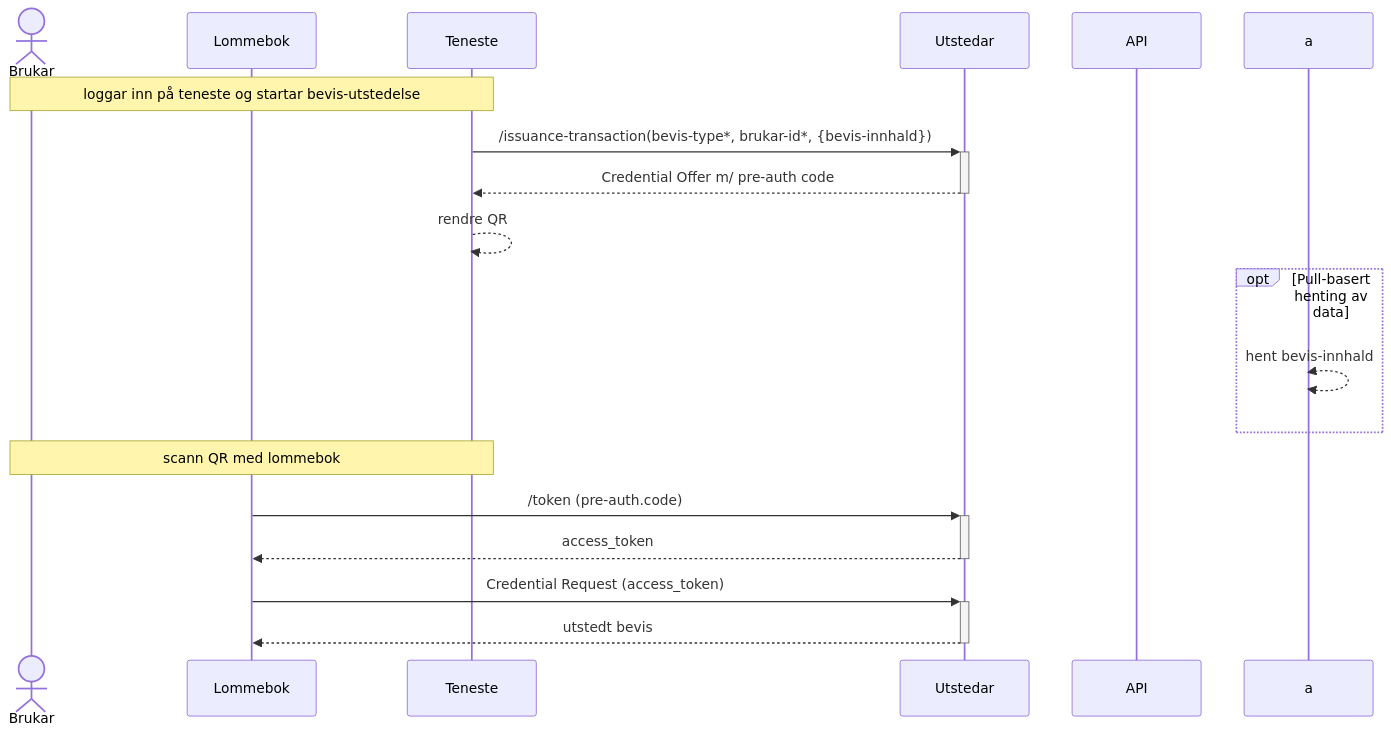
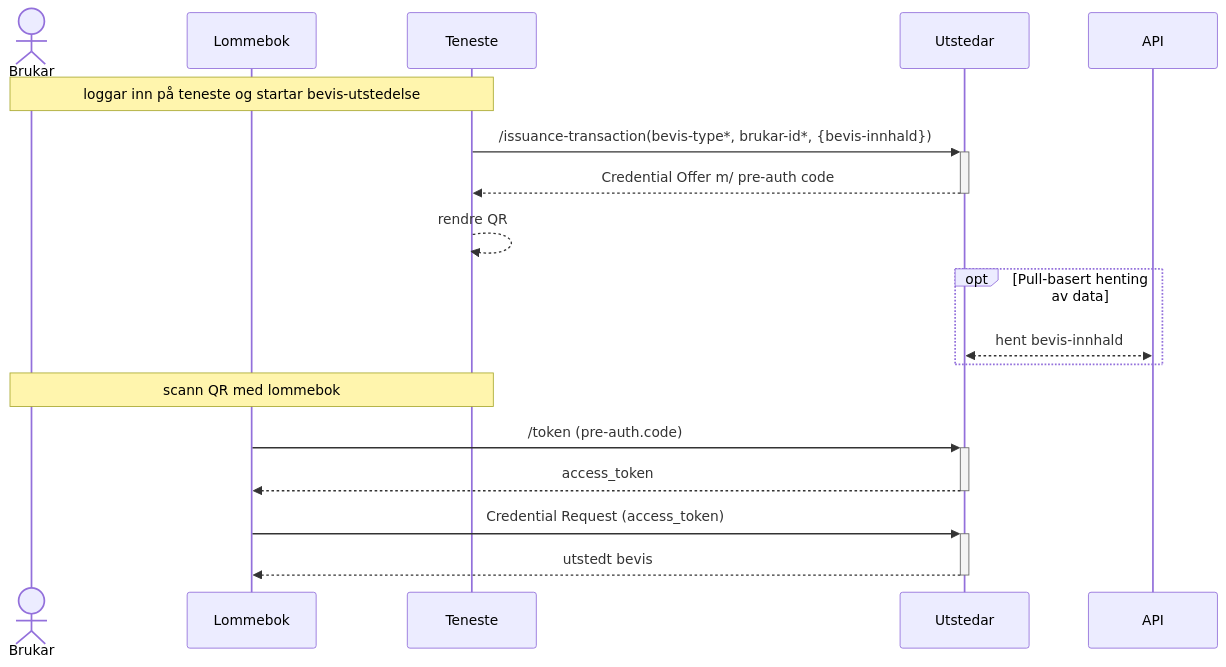
The first of 4 diagrams in _docs/lommebok/lommebok_digdir_utsteder_push.md (felleslosninger/docs), drawn with Mermaid before and after one commit. The commit also changed other lines of this file, not shown here.

```diff
--- a/_docs/lommebok/lommebok_digdir_utsteder_push.md
+++ b/_docs/lommebok/lommebok_digdir_utsteder_push.md
@@ -31,28 +29,28 @@
 <div class="mermaid">
 sequenceDiagram
 
   actor b as Brukar
   participant l as Lommebok
   participant t as Teneste
   participant u as Utstedar
-  participant d as API
+  participant a as API
 
   note over b,t: loggar inn på teneste og startar bevis-utstedelse
 
   t->>+u: /issuance-transaction(bevis-type*, brukar-id*, {bevis-innhald})
 
   u-->>-t: Credential Offer m/ pre-auth code
   t-->>t: rendre QR 
   
   opt Pull-basert henting av data
-    a<<-->>a: hent bevis-innhald
+    u<<-->>a: hent bevis-innhald
   end
 
   note over b,t: scann QR med lommebok
   l->>+u: /token (pre-auth.code)
   u-->>-l: access_token
 
   l->>+u: Credential Request (access_token)
   u-->>-l: utstedt bevis
 
 </div>
```
